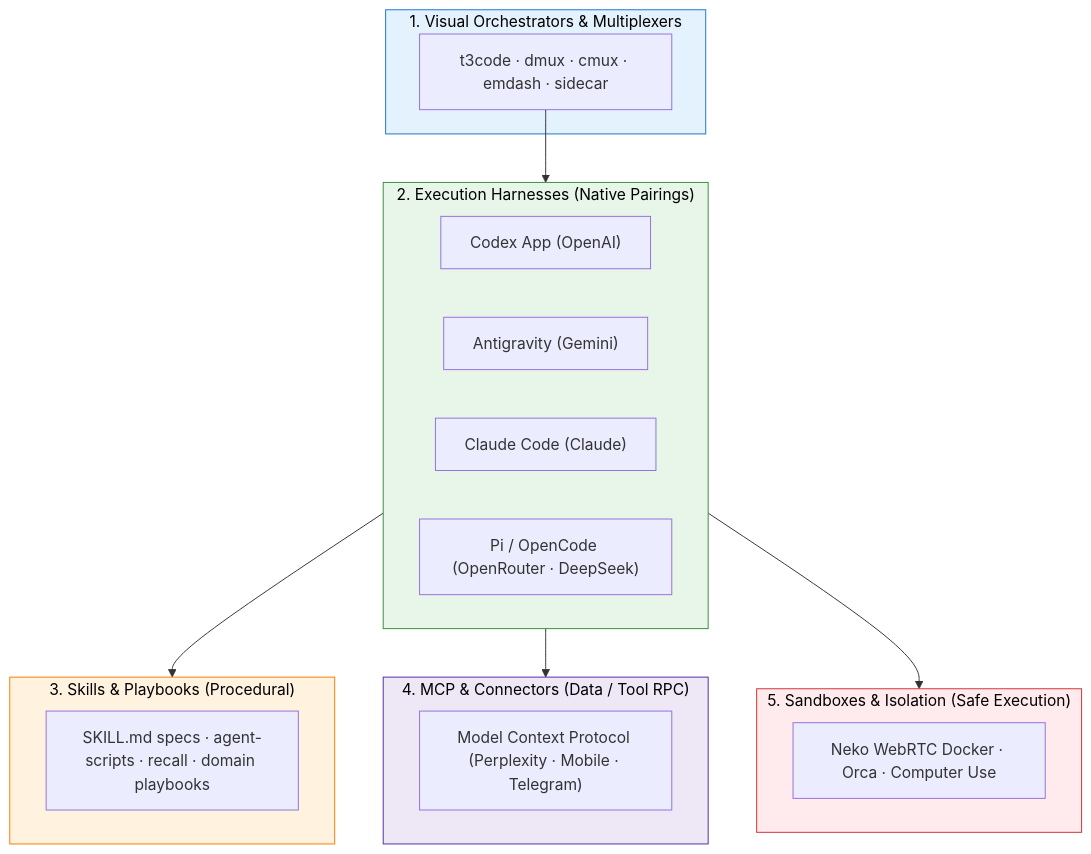
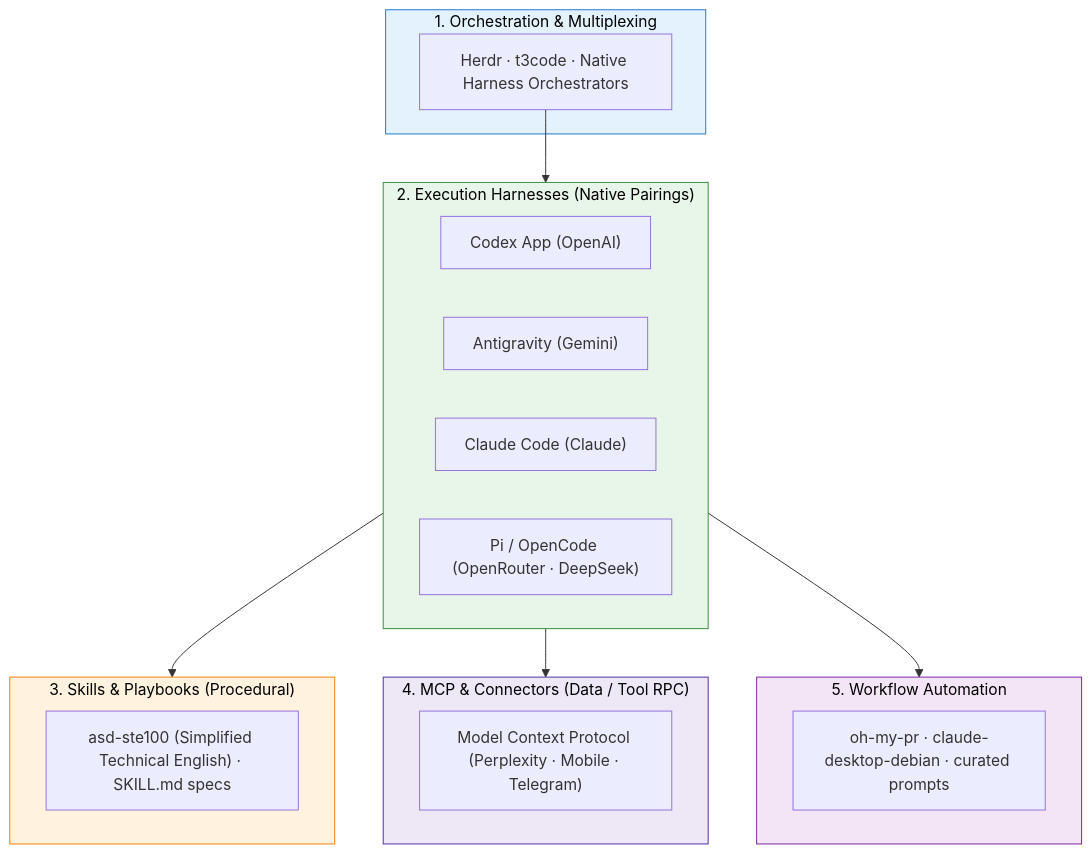
Before and after one commit to gel/gel.github.io: the diagram in content/generative-ai/1-intro/1_genai_environment.md, drawn with Mermaid. The commit also changed other lines of this file, not shown here.

Commit message:
feat(genai): streamline environment guide with Herdr, native harnesses, and ASD-STE100

````diff
--- a/content/generative-ai/1-intro/1_genai_environment.md
+++ b/content/generative-ai/1-intro/1_genai_environment.md
@@ -11,36 +11,36 @@
 ```mermaid
 flowchart TD
-    subgraph Layer1["1. Visual Orchestrators & Multiplexers"]
-        Orch["t3code · dmux · cmux · emdash · sidecar"]
+    subgraph Layer1["1. Orchestration & Multiplexing"]
+        Orch["Herdr · t3code · Native Harness Orchestrators"]
     end
 
     subgraph Layer2["2. Execution Harnesses (Native Pairings)"]
         H_OpenAI["Codex App (OpenAI)"]
         H_Google["Antigravity (Gemini)"]
         H_Anthropic["Claude Code (Claude)"]
         H_Open["Pi / OpenCode (OpenRouter · DeepSeek)"]
     end
 
     subgraph Layer3["3. Skills & Playbooks (Procedural)"]
-        Skills["SKILL.md specs · agent-scripts · recall · domain playbooks"]
+        Skills["asd-ste100 (Simplified Technical English) · SKILL.md specs"]
     end
 
     subgraph Layer4["4. MCP & Connectors (Data / Tool RPC)"]
         MCP["Model Context Protocol (Perplexity · Mobile · Telegram)"]
     end
 
-    subgraph Layer5["5. Sandboxes & Isolation (Safe Execution)"]
-        Sandbox["Neko WebRTC Docker · Orca · Computer Use"]
+    subgraph Layer5["5. Workflow Automation"]
+        Auto["oh-my-pr · claude-desktop-debian · curated prompts"]
     end
 
     Orch --> Layer2
     Layer2 --> Layer3
     Layer2 --> Layer4
     Layer2 --> Layer5
 
     style Layer1 fill:#e3f2fd,stroke:#1976d2,color:#000
     style Layer2 fill:#e8f5e9,stroke:#388e3c,color:#000
     style Layer3 fill:#fff3e0,stroke:#f57c00,color:#000
     style Layer4 fill:#ede7f6,stroke:#512da8,color:#000
-    style Layer5 fill:#ffebee,stroke:#d32f2f,color:#000
+    style Layer5 fill:#f3e5f5,stroke:#7b1fa2,color:#000
 ```
````
